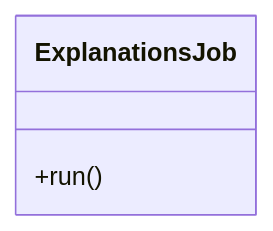
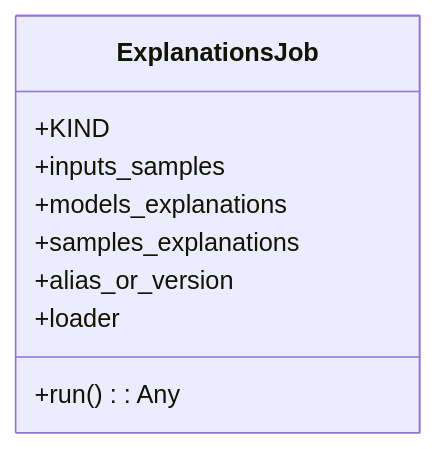
The first of 4 diagrams in openwiki/src/regression_model_template/jobs/explanations.md (lgcorzo/mlops-python-package), drawn with Mermaid before and after one commit. The commit also changed other lines of this file and 91 other files, not shown here.

````diff
--- a/openwiki/src/regression_model_template/jobs/explanations.md
+++ b/openwiki/src/regression_model_template/jobs/explanations.md
@@ -20,7 +21,12 @@
 ```mermaid
 classDiagram
-    direction BT
     class ExplanationsJob {
-        +run()
+        +KIND
+        +inputs_samples
+        +models_explanations
+        +samples_explanations
+        +alias_or_version
+        +loader
+        +run() : Any
     }
 ```
````
